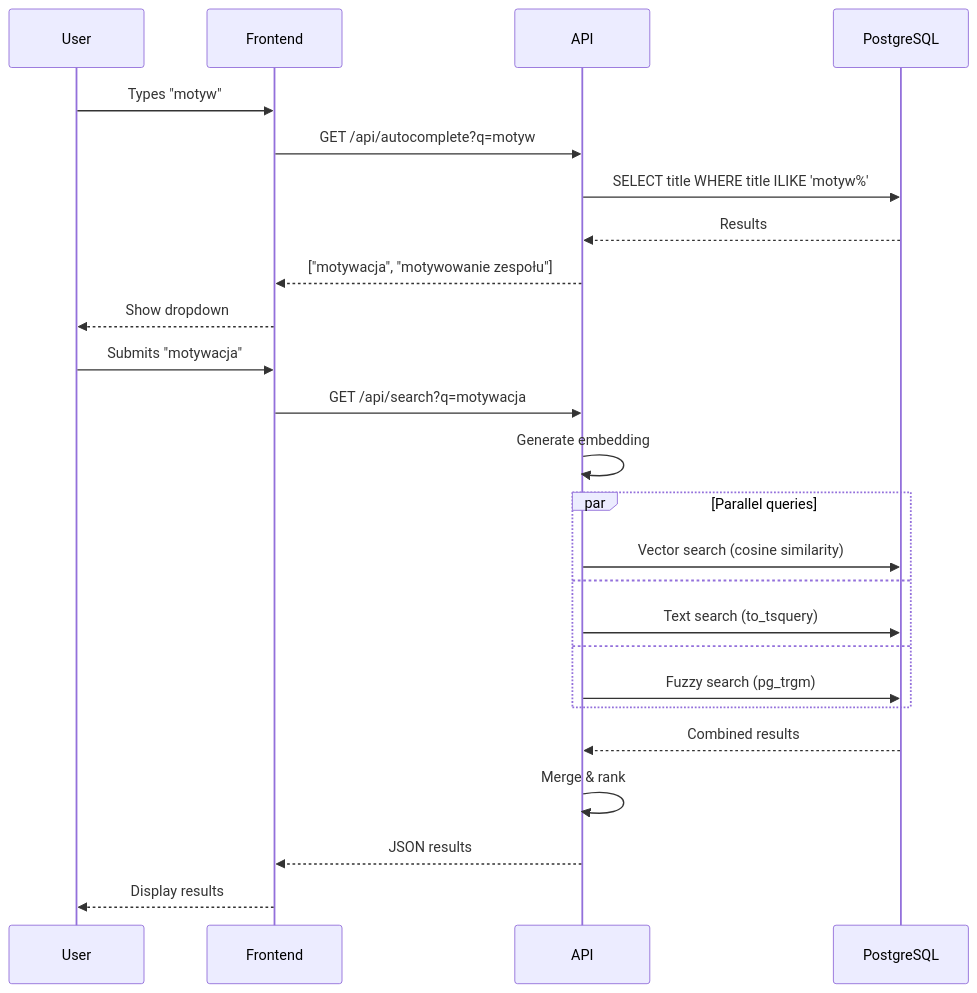
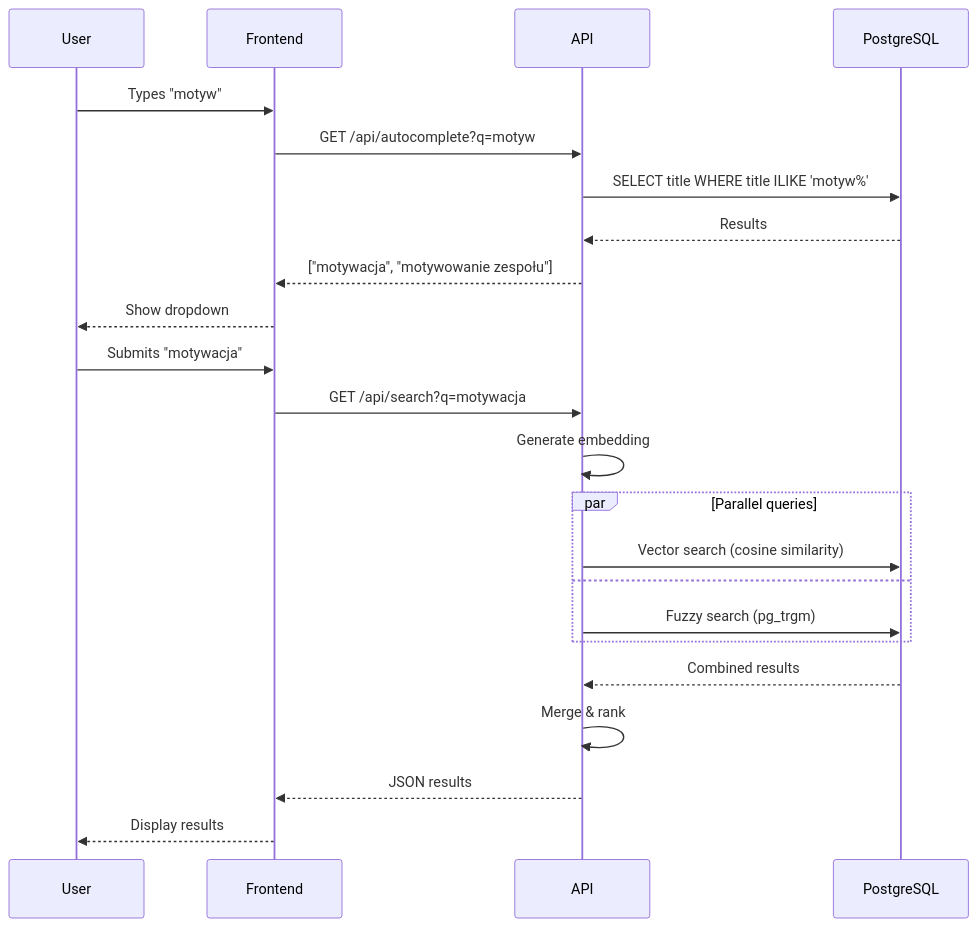
One commit to x54-studio/hr-search changed the fourth of 5 diagrams in docs/03_design/architecture.md. Above: the diagram before and after it, drawn with Mermaid. The commit also changed 60 other files, not shown here.

First line of the commit message:
refactor: implement Clean Architecture and improve code quality

````diff
--- a/docs/03_design/architecture.md
+++ b/docs/03_design/architecture.md
@@ -71,32 +71,30 @@
 ```mermaid
 sequenceDiagram
     participant U as User
     participant F as Frontend
     participant A as API
     participant DB as PostgreSQL
     
     U->>F: Types "motyw"
     F->>A: GET /api/autocomplete?q=motyw
     A->>DB: SELECT title WHERE title ILIKE 'motyw%'
     DB-->>A: Results
     A-->>F: ["motywacja", "motywowanie zespołu"]
     F-->>U: Show dropdown
     
     U->>F: Submits "motywacja"
     F->>A: GET /api/search?q=motywacja
     
     A->>A: Generate embedding
     
     par Parallel queries
         A->>DB: Vector search (cosine similarity)
     and
-        A->>DB: Text search (to_tsquery)
-    and
         A->>DB: Fuzzy search (pg_trgm)
     end
     
     DB-->>A: Combined results
     A->>A: Merge & rank
     A-->>F: JSON results
     F-->>U: Display results
 ```
````
